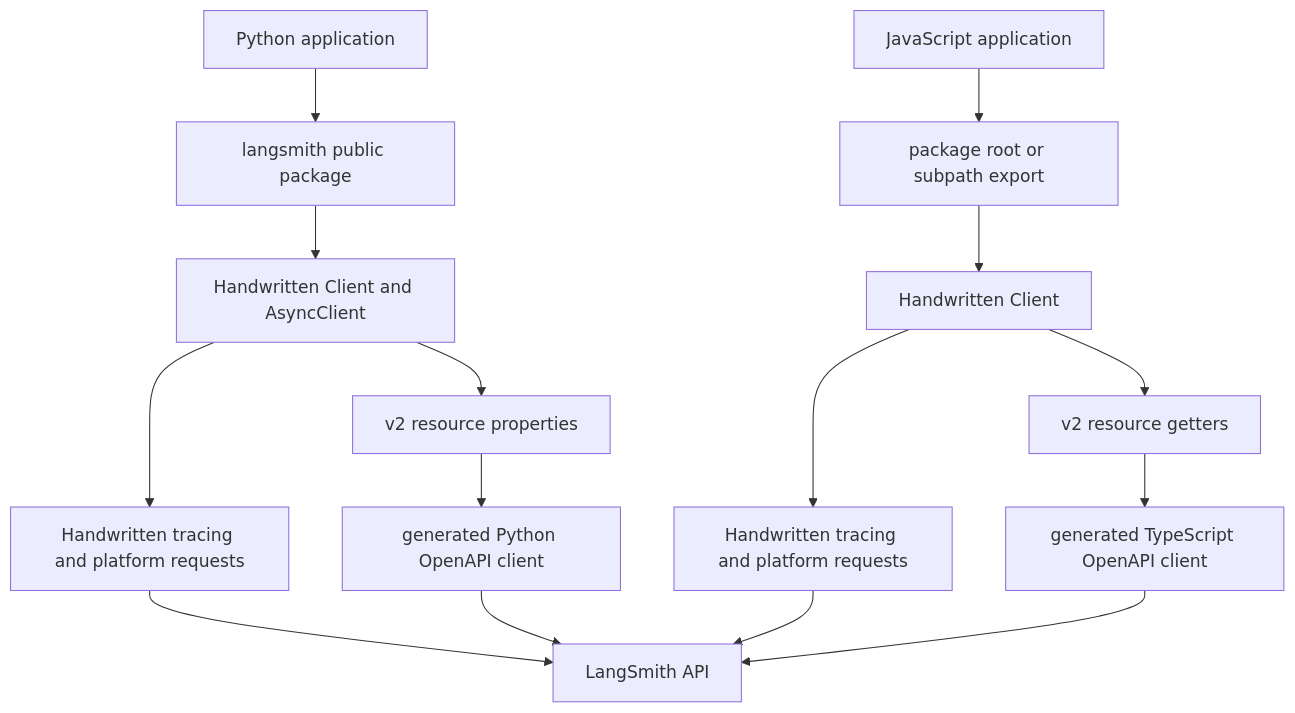
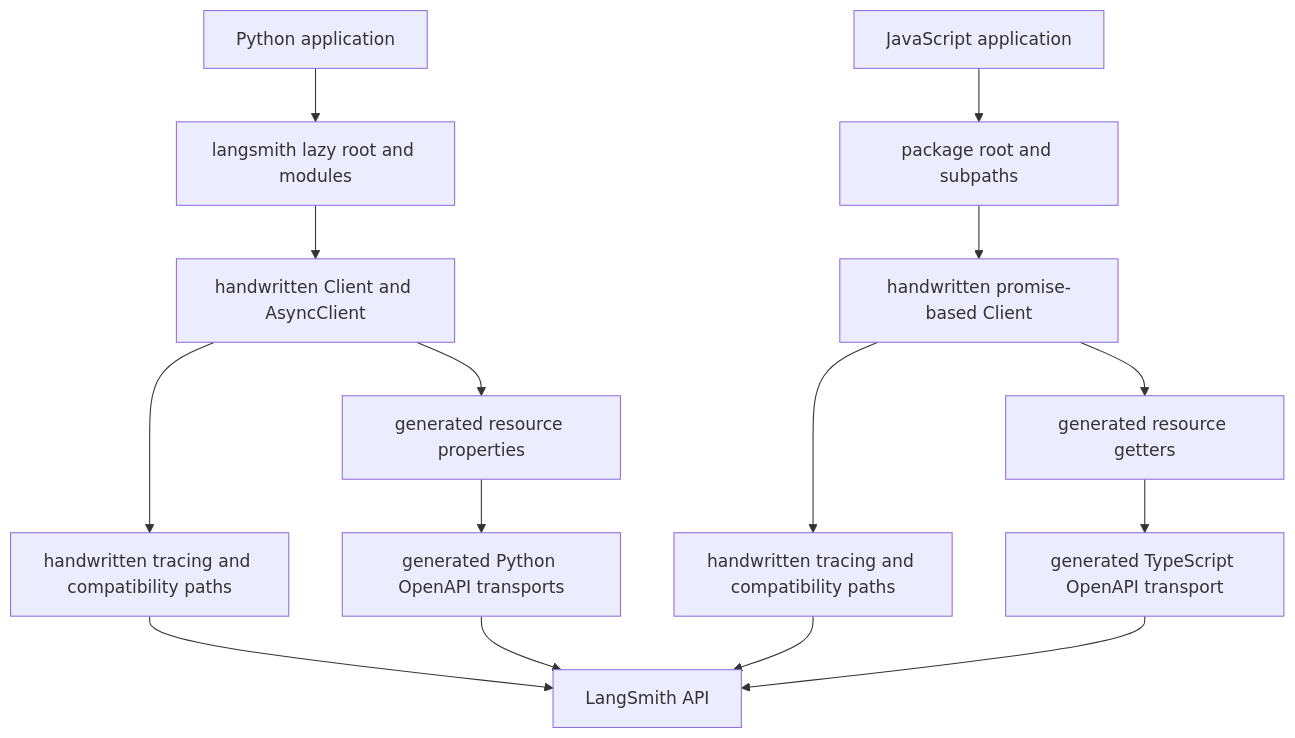
The diagram in openwiki/architecture/sdk-architecture.md (langchain-ai/langsmith-sdk), drawn with Mermaid before and after one commit. The commit also changed other lines of this file and 34 other files, not shown here.

````diff
--- a/openwiki/architecture/sdk-architecture.md
+++ b/openwiki/architecture/sdk-architecture.md
@@ -59,17 +70,17 @@
 ```mermaid
 flowchart TD
-    AppPy["Python application"] --> PyRoot["langsmith public package"]
-    AppJs["JavaScript application"] --> JsEntry["package root or subpath export"]
-    PyRoot --> PyHand["Handwritten Client and AsyncClient"]
-    JsEntry --> JsHand["Handwritten Client"]
-    PyHand --> PyLegacy["Handwritten tracing and platform requests"]
-    JsHand --> JsLegacy["Handwritten tracing and platform requests"]
-    PyHand --> PyBridge["v2 resource properties"]
-    JsHand --> JsBridge["v2 resource getters"]
-    PyBridge --> PyGen["generated Python OpenAPI client"]
-    JsBridge --> JsGen["generated TypeScript OpenAPI client"]
+    PyApp["Python application"] --> PyFacade["langsmith lazy root and modules"]
+    JsApp["JavaScript application"] --> JsFacade["package root and subpaths"]
+    PyFacade --> PyHand["handwritten Client and AsyncClient"]
+    JsFacade --> JsHand["handwritten promise-based Client"]
+    PyHand --> PyLegacy["handwritten tracing and compatibility paths"]
+    JsHand --> JsLegacy["handwritten tracing and compatibility paths"]
+    PyHand --> PyBridge["generated resource properties"]
+    JsHand --> JsBridge["generated resource getters"]
+    PyBridge --> PyGen["generated Python OpenAPI transports"]
+    JsBridge --> JsGen["generated TypeScript OpenAPI transport"]
     PyLegacy --> API["LangSmith API"]
     JsLegacy --> API
     PyGen --> API
     JsGen --> API
 ```
````
